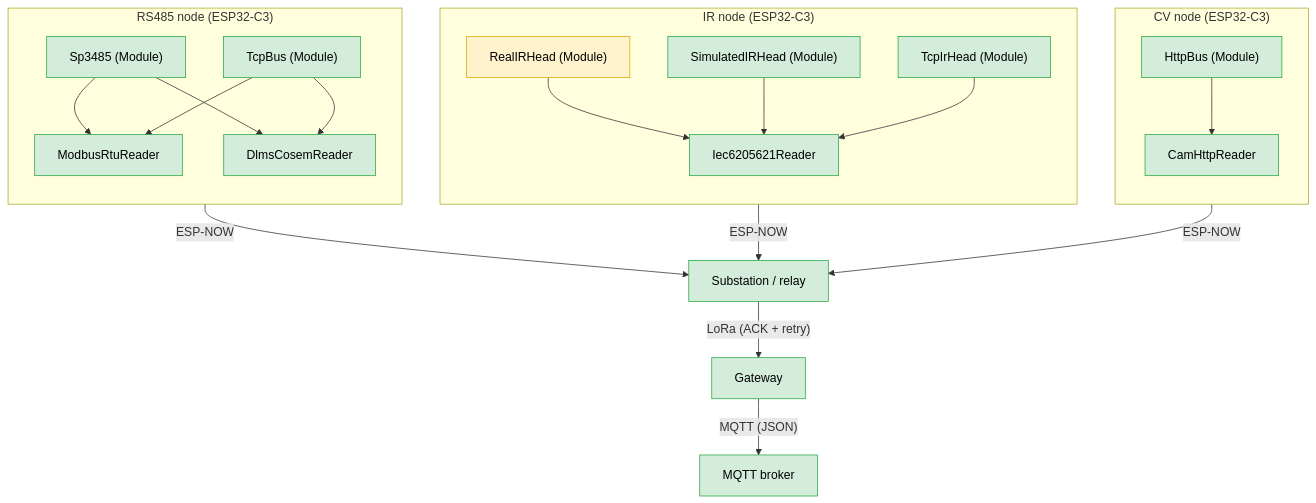
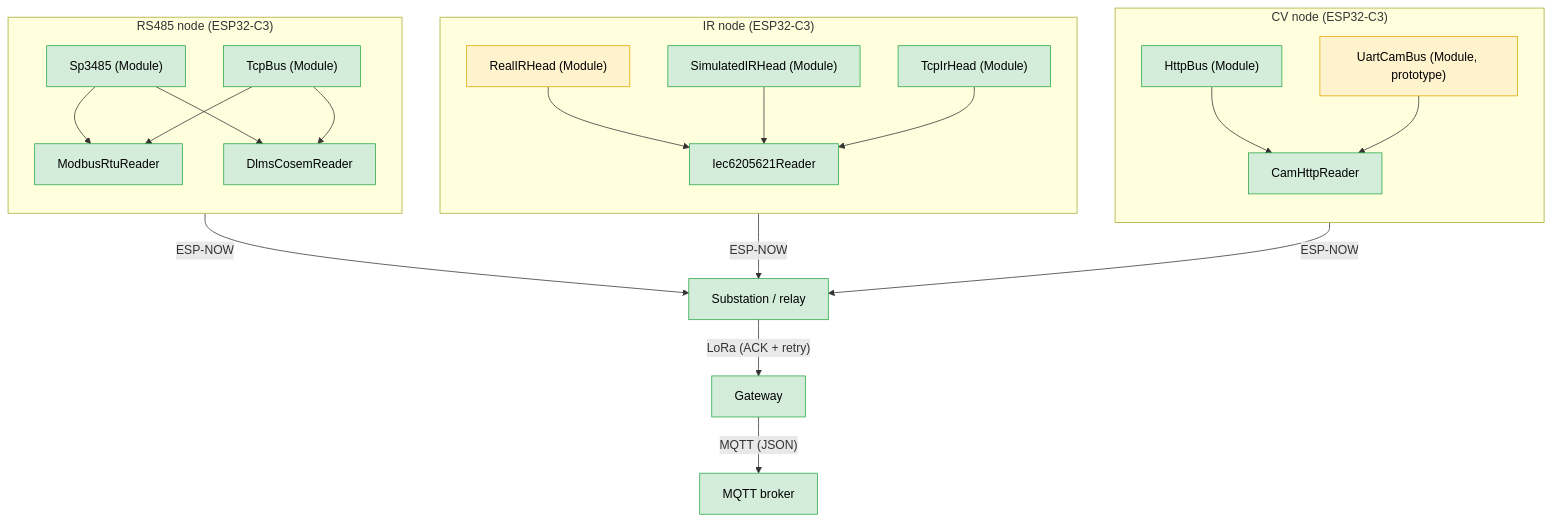
The diagram in README.md (foucault-dynamics/IoT-Firmware), drawn with Mermaid before and after one commit. The commit also changed other lines of this file and 18 other files, not shown here.

````diff
--- a/README.md
+++ b/README.md
@@ -28,34 +28,35 @@
 ```mermaid
 flowchart TD
     subgraph rs485["RS485 node (ESP32-C3)"]
         direction TB
         A["Sp3485 (Module)"] --> R1["ModbusRtuReader"]
         B["TcpBus (Module)"] --> R1
         A --> R4["DlmsCosemReader"]
         B --> R4
     end
 
     subgraph ir["IR node (ESP32-C3)"]
         direction TB
         C["RealIRHead (Module)"] --> R2["Iec6205621Reader"]
         D["SimulatedIRHead (Module)"] --> R2
         T["TcpIrHead (Module)"] --> R2
     end
 
     subgraph cv["CV node (ESP32-C3)"]
         direction TB
         E["HttpBus (Module)"] --> R3["CamHttpReader"]
+        U["UartCamBus (Module, prototype)"] --> R3
     end
 
     rs485 -->|"ESP-NOW"| S["Substation / relay"]
     ir -->|"ESP-NOW"| S
     cv -->|"ESP-NOW"| S
     S -->|"LoRa (ACK + retry)"| G["Gateway"]
     G -->|"MQTT (JSON)"| M["MQTT broker"]
 
     classDef working fill:#d4edda,stroke:#28a745,color:#000
     classDef untested fill:#fff3cd,stroke:#e0a800,color:#000
 
     class A,B,R1,R4,D,T,R2,E,R3,S,G,M working
-    class C untested
+    class C,U untested
 ```
````
